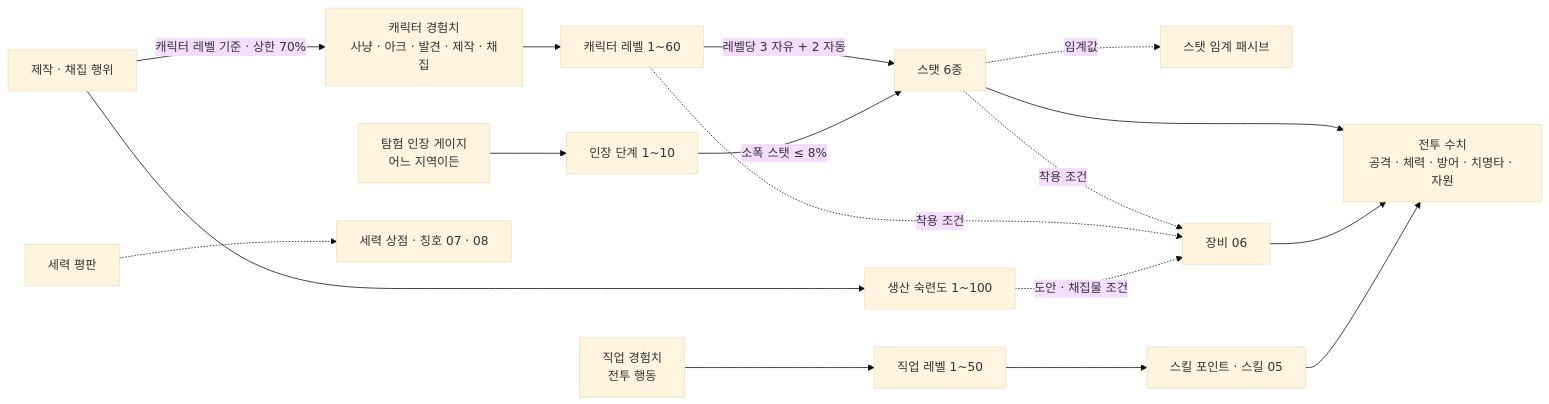
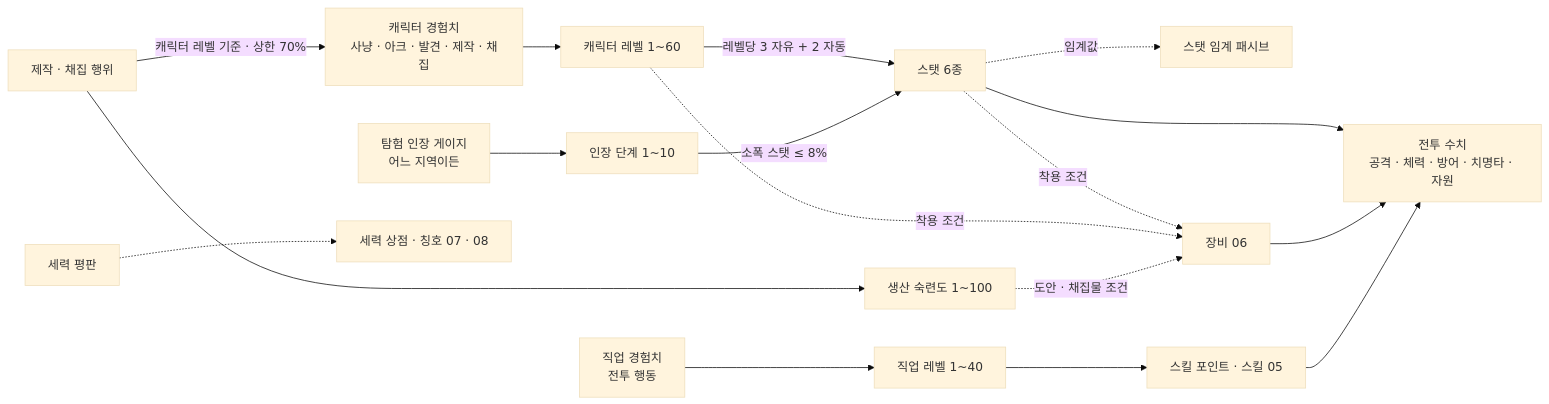
One commit to Armgimozi/nai-cg-maker changed the diagram in design/04_progression.md. Above: the diagram before and after it, drawn with Mermaid (base theme). The commit also changed other lines of this file, not shown here.

````diff
--- a/design/04_progression.md
+++ b/design/04_progression.md
@@ -32,19 +32,19 @@
 ```mermaid
 flowchart LR
     XP[캐릭터 경험치<br/>사냥 · 아크 · 발견 · 제작 · 채집] --> LV[캐릭터 레벨 1~60]
     LV -->|레벨당 3 자유 + 2 자동| ST[스탯 6종]
     ST --> CB[전투 수치<br/>공격 · 체력 · 방어 · 치명타 · 자원]
     ST -.->|임계값| TP[스탯 임계 패시브]
     ST -.->|착용 조건| EQ[장비 06]
     LV -.->|착용 조건| EQ
     EQ --> CB
-    JX[직업 경험치<br/>전투 행동] --> JL[직업 레벨 1~50]
+    JX[직업 경험치<br/>전투 행동] --> JL[직업 레벨 1~40]
     JL --> SK[스킬 포인트 · 스킬 05]
     SK --> CB
     CR[제작 · 채집 행위] --> PM[생산 숙련도 1~100]
     PM -.->|도안 · 채집물 조건| EQ
     CR -->|캐릭터 레벨 기준 · 상한 70%| XP
     SEAL[탐험 인장 게이지<br/>어느 지역이든] --> SS[인장 단계 1~10]
     SS -->|소폭 스탯 ≤ 8%| ST
     REP[세력 평판] -.-> SHOP[세력 상점 · 칭호 07 · 08]
 ```
````
